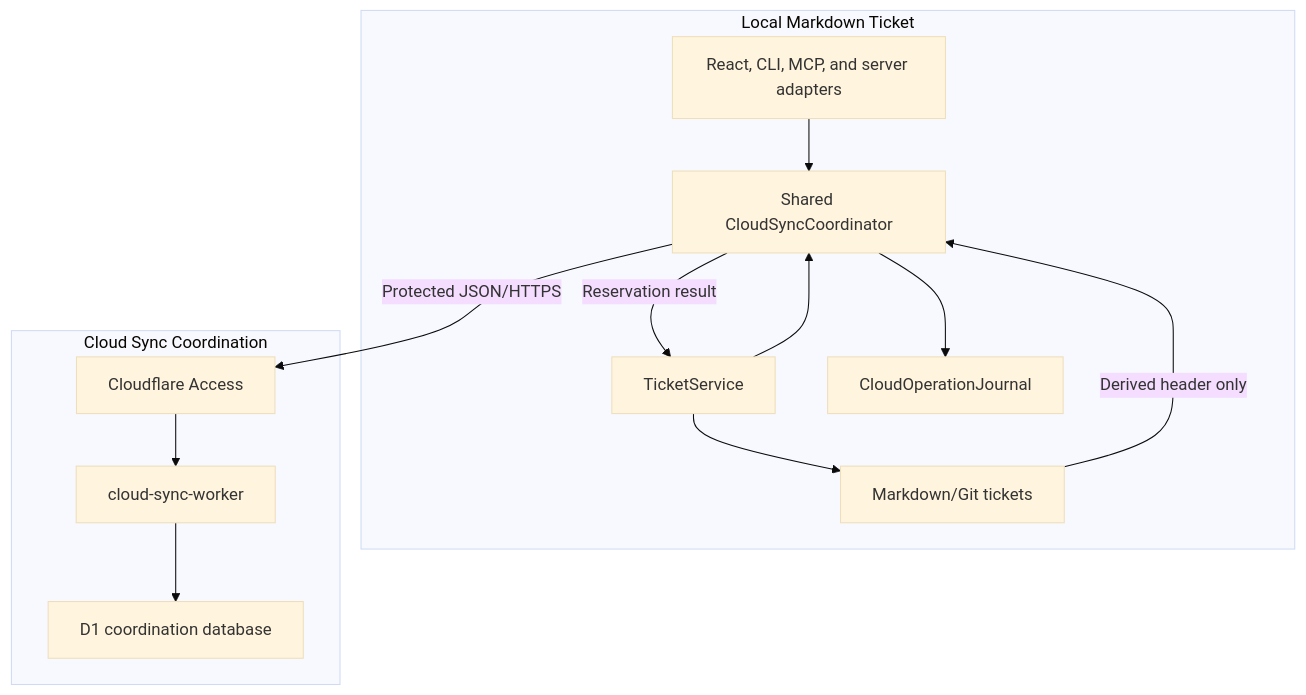
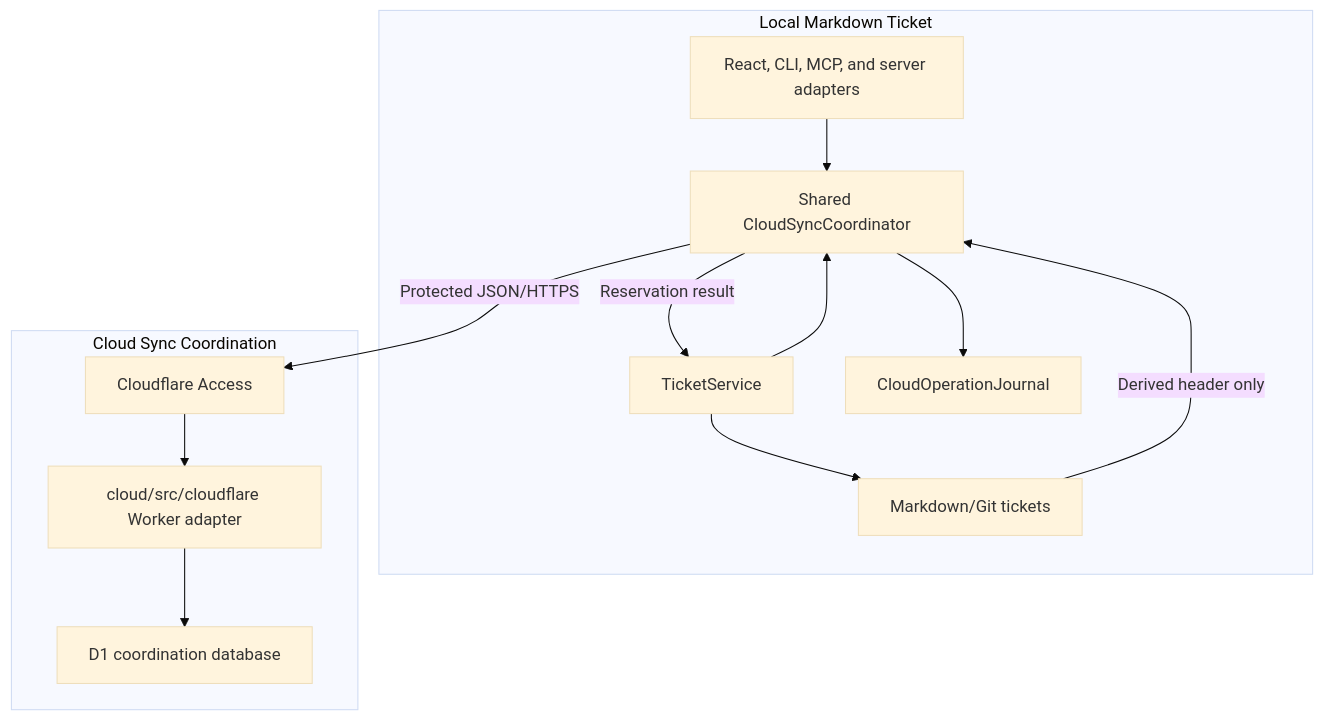
Before and after one commit to andkirby/markdown-ticket: the diagram in docs/CRs/MDT-199/architecture.md, drawn with Mermaid (base theme). The commit also changed other lines of this file and 15 other files, not shown here.

Commit message:
docs(MDT-200): reconcile cloud sync architecture

````diff
--- a/docs/CRs/MDT-199/architecture.md
+++ b/docs/CRs/MDT-199/architecture.md
@@ -42,26 +42,26 @@
 ```mermaid
 flowchart TB
   subgraph Local["Local Markdown Ticket"]
     UI["React, CLI, MCP, and server adapters"]
     Shared["Shared CloudSyncCoordinator"]
     Ticket["TicketService"]
     Journal["CloudOperationJournal"]
     Files["Markdown/Git tickets"]
     UI --> Shared
     Ticket --> Shared
     Shared --> Journal
     Ticket --> Files
   end
 
   subgraph Cloud["Cloud Sync Coordination"]
     Access["Cloudflare Access"]
-    Worker["cloud-sync-worker"]
+    Worker["cloud/src/cloudflare Worker adapter"]
     D1["D1 coordination database"]
     Access --> Worker
     Worker --> D1
   end
 
   Shared -->|"Protected JSON/HTTPS"| Access
   Shared -->|"Reservation result"| Ticket
   Files -->|"Derived header only"| Shared
 ```
````
